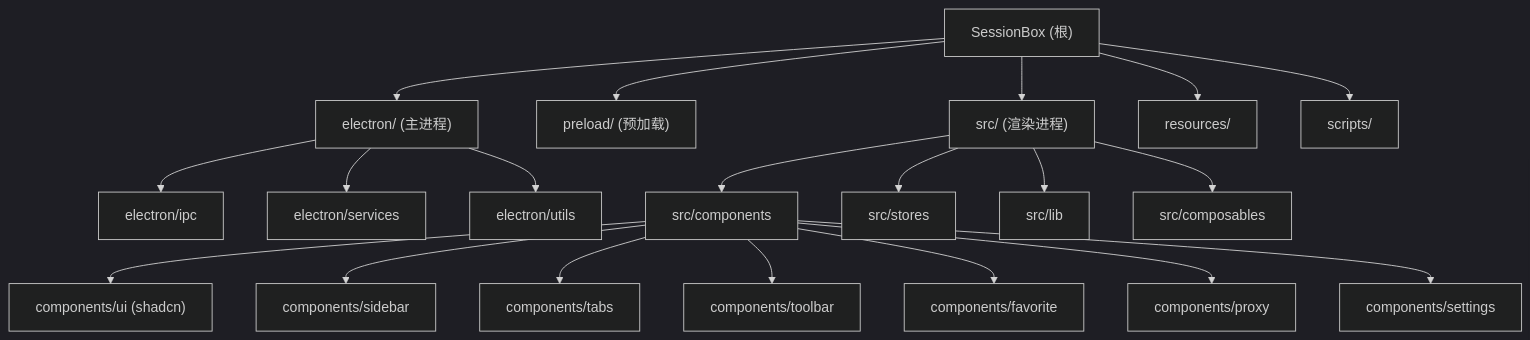
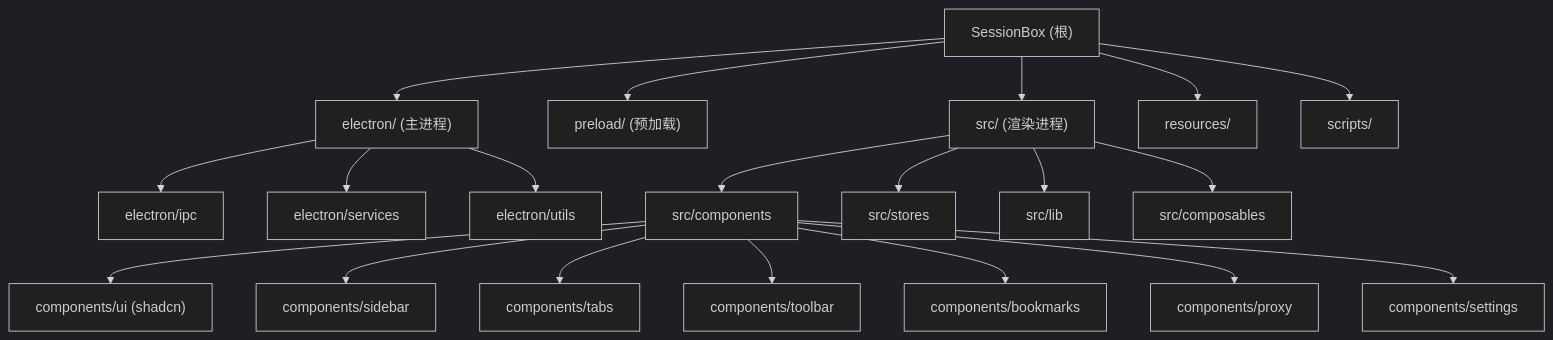
Before and after one commit to hunmer/sessionBox: the diagram in CLAUDE.md, drawn with Mermaid (dark theme). The commit also changed other lines of this file and 19 other files, not shown here.

````diff
--- a/CLAUDE.md
+++ b/CLAUDE.md
@@ -31,29 +31,29 @@
 ```mermaid
 graph TD
     ROOT["SessionBox (根)"] --> ELECTRON["electron/ (主进程)"]
     ROOT --> PRELOAD["preload/ (预加载)"]
     ROOT --> SRC["src/ (渲染进程)"]
     ROOT --> RESOURCES["resources/"]
     ROOT --> SCRIPTS["scripts/"]
 
     ELECTRON --> EI["electron/ipc"]
     ELECTRON --> ES["electron/services"]
     ELECTRON --> EU["electron/utils"]
 
     SRC --> SC["src/components"]
     SRC --> SS["src/stores"]
     SRC --> SLIB["src/lib"]
     SRC --> SCOMP["src/composables"]
 
     SC --> SC_UI["components/ui (shadcn)"]
     SC --> SC_SIDEBAR["components/sidebar"]
     SC --> SC_TABS["components/tabs"]
     SC --> SC_TOOLBAR["components/toolbar"]
-    SC --> SC_FAVORITE["components/favorite"]
+    SC --> SC_BOOKMARK["components/bookmarks"]
     SC --> SC_PROXY["components/proxy"]
     SC --> SC_SETTINGS["components/settings"]
 
     click ELECTRON "./electron/CLAUDE.md" "查看主进程模块文档"
     click SRC "./src/CLAUDE.md" "查看渲染进程模块文档"
     click PRELOAD "./preload/CLAUDE.md" "查看预加载模块文档"
 ```
````
